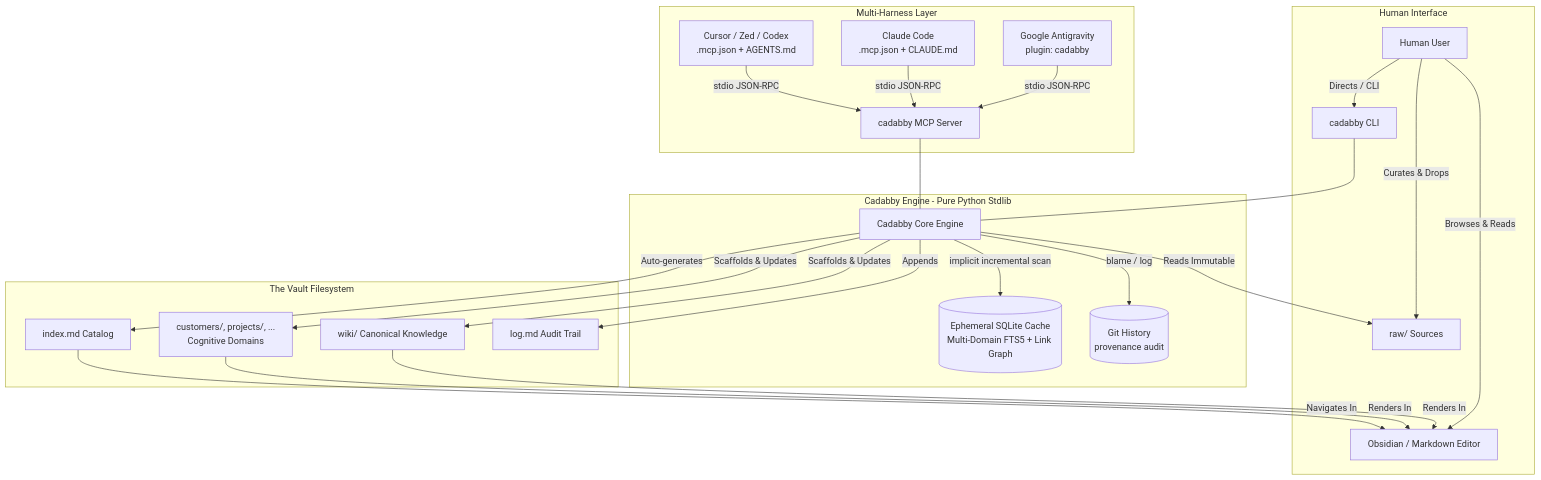
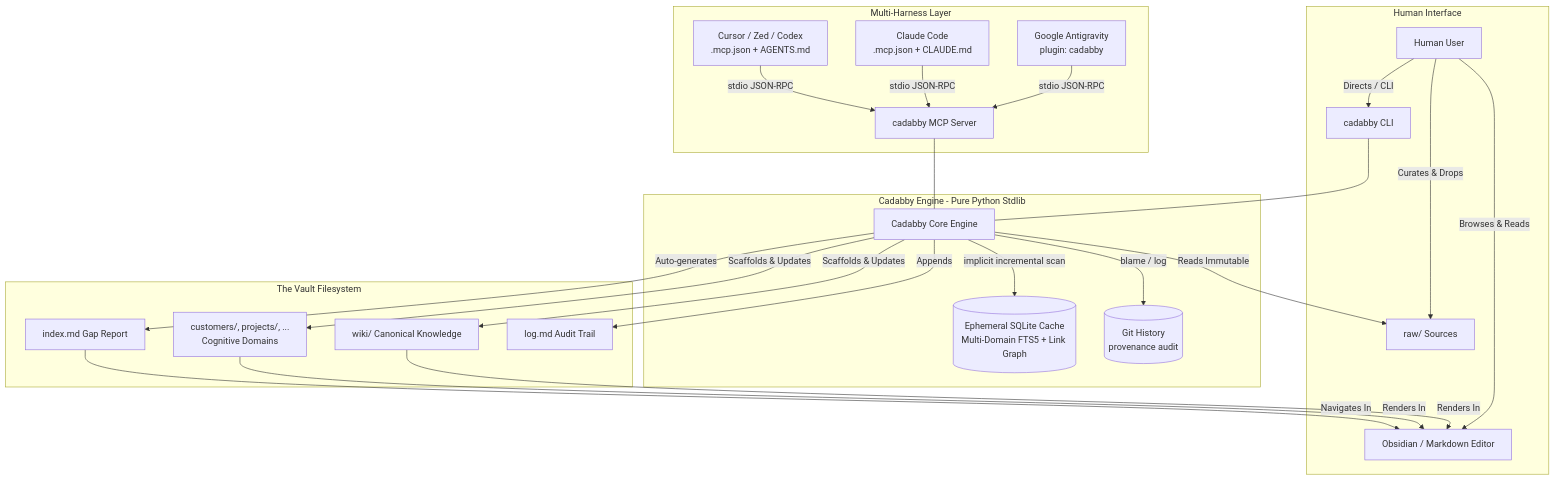
The first of 2 diagrams in SPECIFICATION.md (naikoob/cadabby), drawn with Mermaid before and after one commit. The commit also changed other lines of this file and 42 other files, not shown here.

````diff
--- a/SPECIFICATION.md
+++ b/SPECIFICATION.md
@@ -32,32 +32,32 @@
 ```mermaid
 graph TD
     subgraph Human Interface
         H[Human User] -->|Browses & Reads| OBS[Obsidian / Markdown Editor]
         H -->|Curates & Drops| RAW[raw/ Sources]
         H -->|Directs / CLI| CAD_CLI[cadabby CLI]
     end
 
     subgraph Multi-Harness Layer
         AGY[Google Antigravity<br>plugin: cadabby] -->|stdio JSON-RPC| CAD_MCP[cadabby MCP Server]
         CC[Claude Code<br>.mcp.json + CLAUDE.md] -->|stdio JSON-RPC| CAD_MCP
         CUR[Cursor / Zed / Codex<br>.mcp.json + AGENTS.md] -->|stdio JSON-RPC| CAD_MCP
     end
 
     subgraph Engine Core [Cadabby Engine - Pure Python Stdlib]
         CAD_CLI --- CAD_CORE[Cadabby Core Engine]
         CAD_MCP --- CAD_CORE
         CAD_CORE -->|implicit incremental scan| CACHE[(Ephemeral SQLite Cache<br>Multi-Domain FTS5 + Link Graph)]
         CAD_CORE -->|blame / log| GIT[(Git History<br>provenance audit)]
     end
 
     subgraph The Vault Filesystem
         CAD_CORE -->|Reads Immutable| RAW
         CAD_CORE -->|Scaffolds & Updates| WIKI[wiki/ Canonical Knowledge]
         CAD_CORE -->|Scaffolds & Updates| DOMAINS[customers/, projects/, ...<br>Cognitive Domains]
-        CAD_CORE -->|Auto-generates| IDX[index.md Catalog]
+        CAD_CORE -->|Auto-generates| IDX[index.md Gap Report]
         CAD_CORE -->|Appends| LOG[log.md Audit Trail]
         WIKI -->|Renders In| OBS
         DOMAINS -->|Renders In| OBS
         IDX -->|Navigates In| OBS
     end
 ```
````
